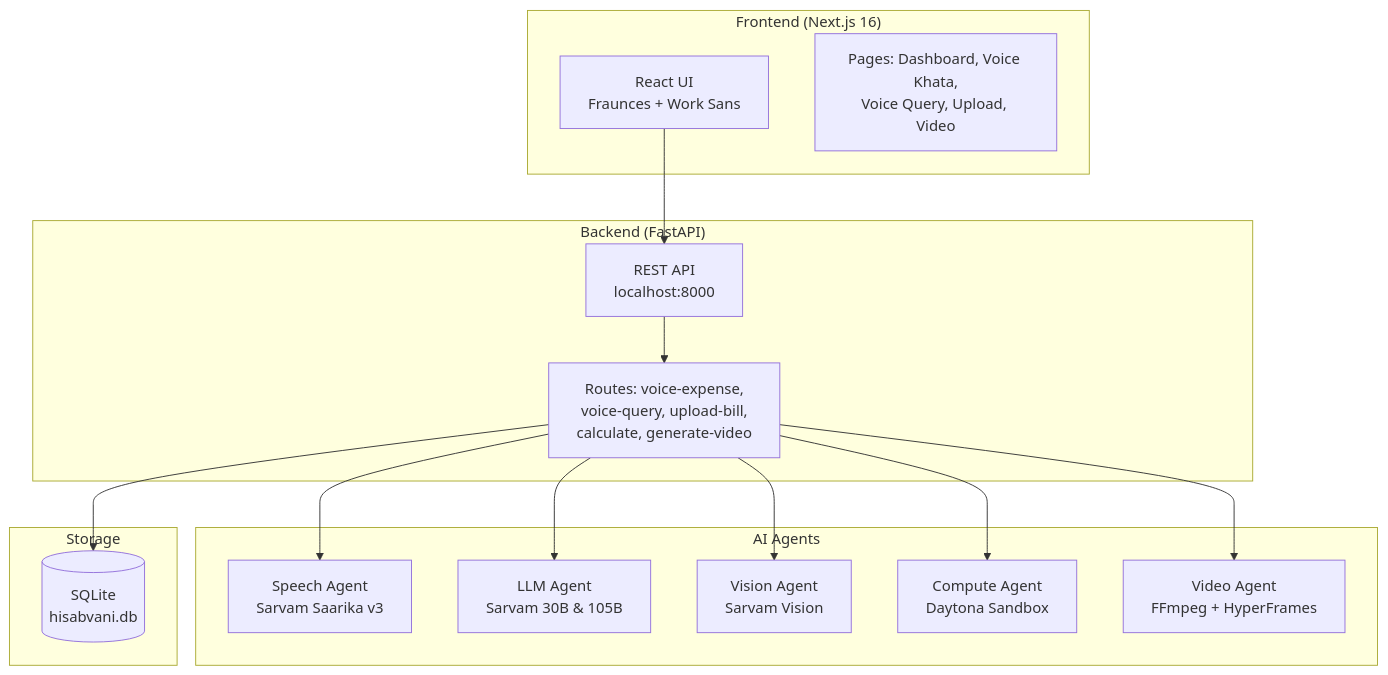
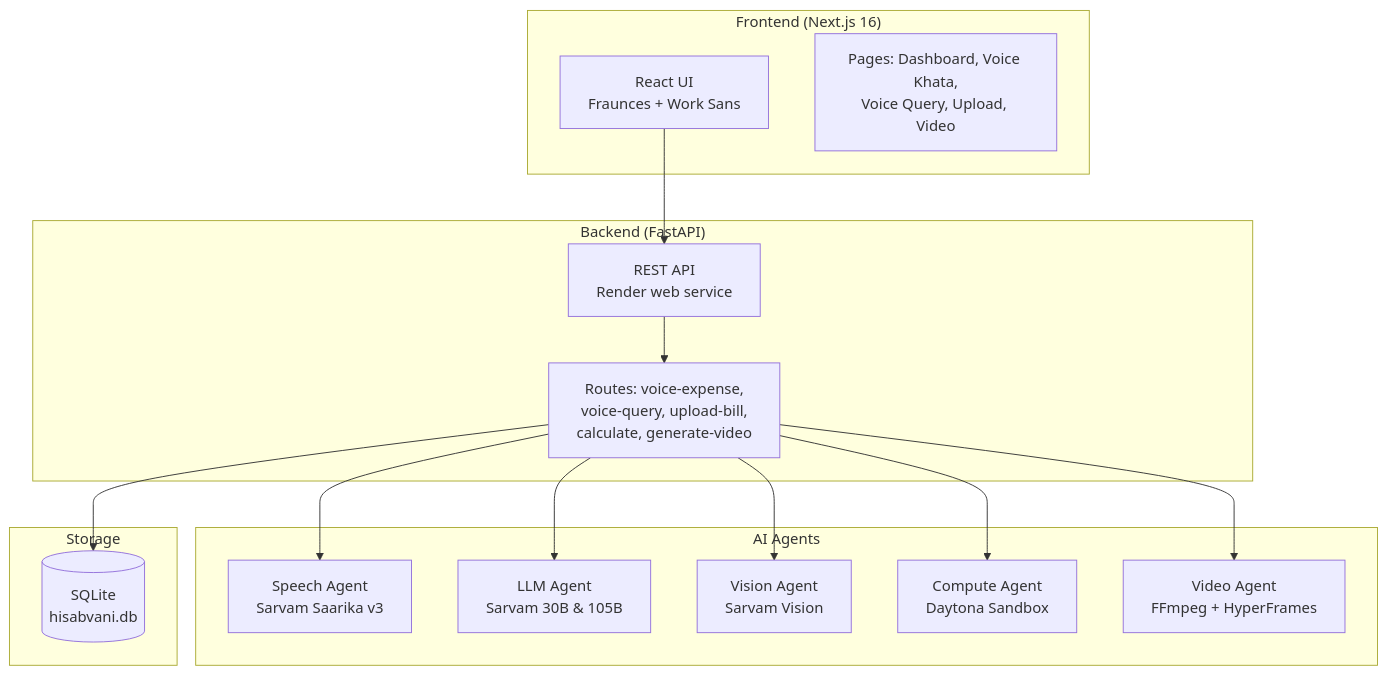
The first of 2 diagrams in README.md (perfect7613/hisabvani), drawn with Mermaid before and after one commit. The commit also changed other lines of this file and 18 other files, not shown here.

````diff
--- a/README.md
+++ b/README.md
@@ -24,33 +24,33 @@
 ```mermaid
 graph TB
     subgraph Frontend["Frontend (Next.js 16)"]
         UI[React UI<br/>Fraunces + Work Sans]
         Pages[Pages: Dashboard, Voice Khata,<br/>Voice Query, Upload, Video]
     end
 
     subgraph Backend["Backend (FastAPI)"]
-        API[REST API<br/>localhost:8000]
+        API[REST API<br/>Render web service]
         Routes[Routes: voice-expense,<br/>voice-query, upload-bill,<br/>calculate, generate-video]
     end
 
     subgraph Agents["AI Agents"]
         Speech[Speech Agent<br/>Sarvam Saarika v3]
         LLM[LLM Agent<br/>Sarvam 30B & 105B]
         Vision[Vision Agent<br/>Sarvam Vision]
         Compute[Compute Agent<br/>Daytona Sandbox]
         Video[Video Agent<br/>FFmpeg + HyperFrames]
     end
 
     subgraph Storage["Storage"]
         DB[(SQLite<br/>hisabvani.db)]
     end
 
     UI --> API
     API --> Routes
     Routes --> Speech
     Routes --> LLM
     Routes --> Vision
     Routes --> Compute
     Routes --> Video
     Routes --> DB
 ```
````
